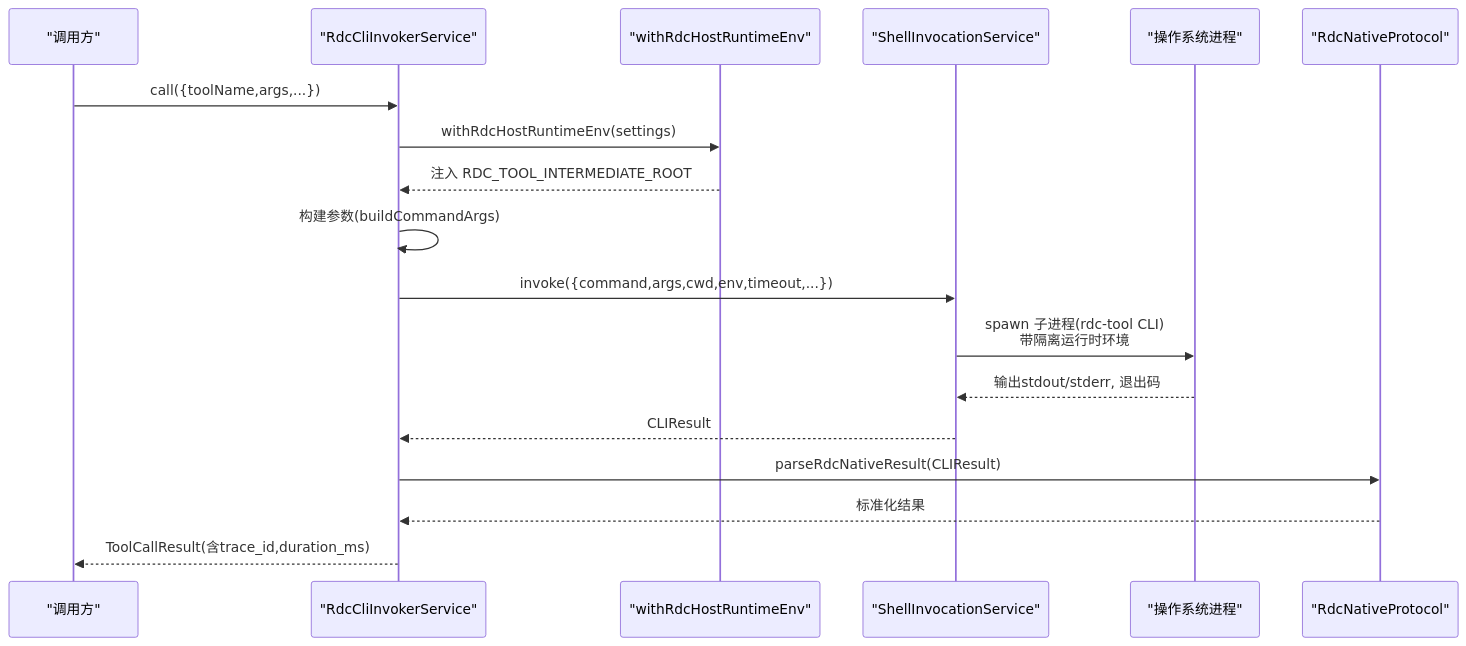
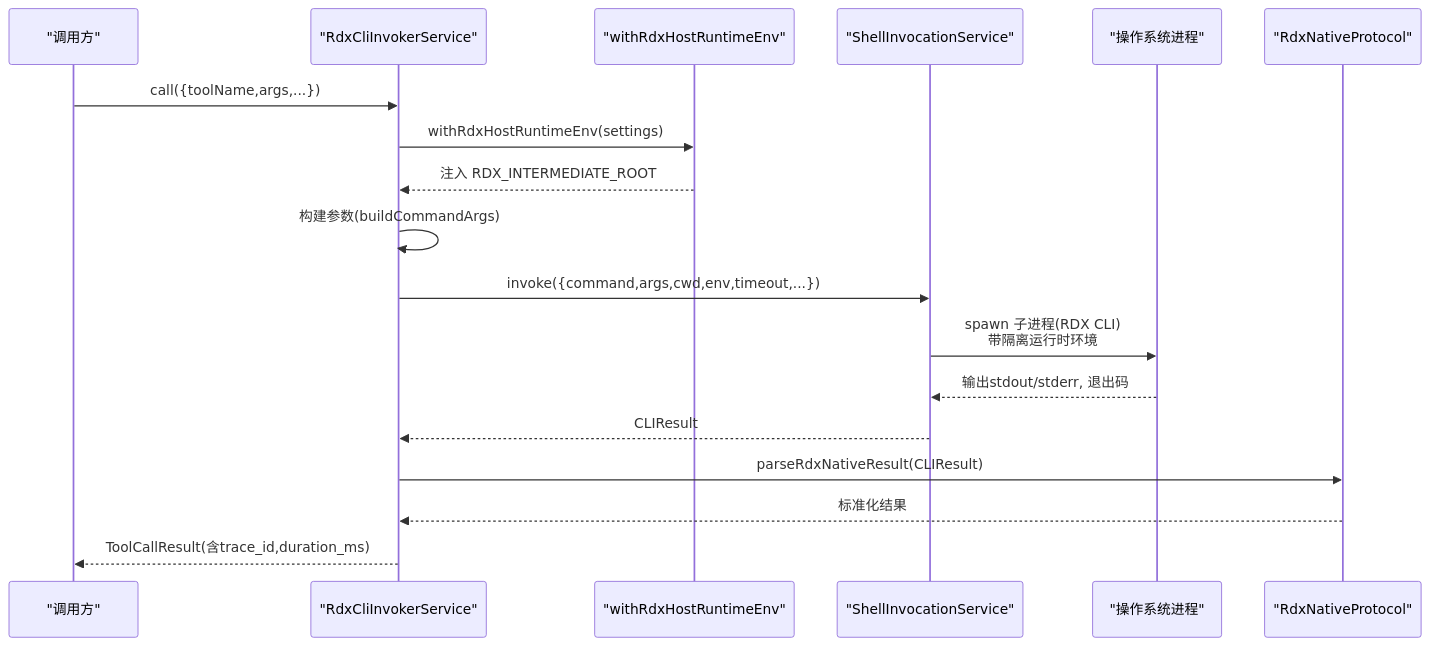
One commit to haolange/RDC-Agent changed the second of 3 diagrams in .qoder/repowiki/zh/content/架构设计/核心组件设计/CLI调用器设计/CLI调用器服务.md. Above: the diagram before and after it, drawn with Mermaid. The commit also changed other lines of this file and 150 other files, not shown here.

````diff
--- a/.qoder/repowiki/zh/content/架构设计/核心组件设计/CLI调用器设计/CLI调用器服务.md
+++ b/.qoder/repowiki/zh/content/架构设计/核心组件设计/CLI调用器设计/CLI调用器服务.md
@@ -94,20 +94,20 @@
 ```mermaid
 sequenceDiagram
 participant U as "调用方"
-participant S as "RdcCliInvokerService"
-participant E as "withRdcHostRuntimeEnv"
+participant S as "RdxCliInvokerService"
+participant E as "withRdxHostRuntimeEnv"
 participant P as "ShellInvocationService"
 participant OS as "操作系统进程"
-participant N as "RdcNativeProtocol"
+participant N as "RdxNativeProtocol"
 U->>S : call({toolName,args,...})
-S->>E : withRdcHostRuntimeEnv(settings)
-E-->>S : 注入 RDC_TOOL_INTERMEDIATE_ROOT
+S->>E : withRdxHostRuntimeEnv(settings)
+E-->>S : 注入 RDX_INTERMEDIATE_ROOT
 S->>S : 构建参数(buildCommandArgs)
 S->>P : invoke({command,args,cwd,env,timeout,...})
-P->>OS : spawn 子进程(rdc-tool CLI)<br/>带隔离运行时环境
+P->>OS : spawn 子进程(RDX CLI)<br/>带隔离运行时环境
 OS-->>P : 输出stdout/stderr, 退出码
 P-->>S : CLIResult
-S->>N : parseRdcNativeResult(CLIResult)
+S->>N : parseRdxNativeResult(CLIResult)
 N-->>S : 标准化结果
 S-->>U : ToolCallResult(含trace_id,duration_ms)
 ```
````
